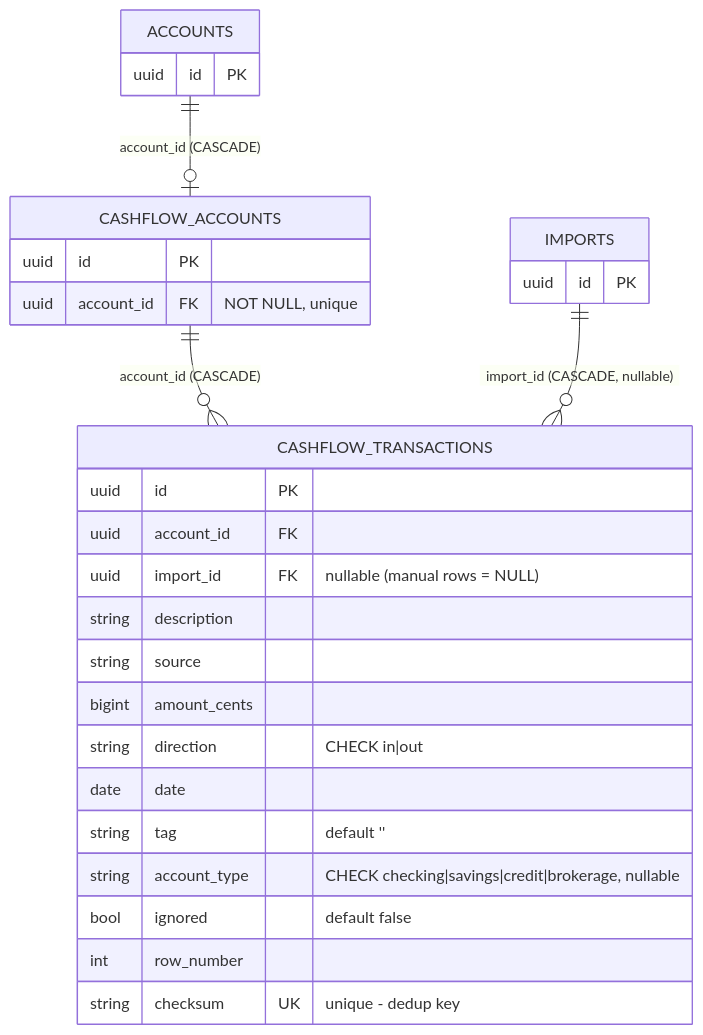
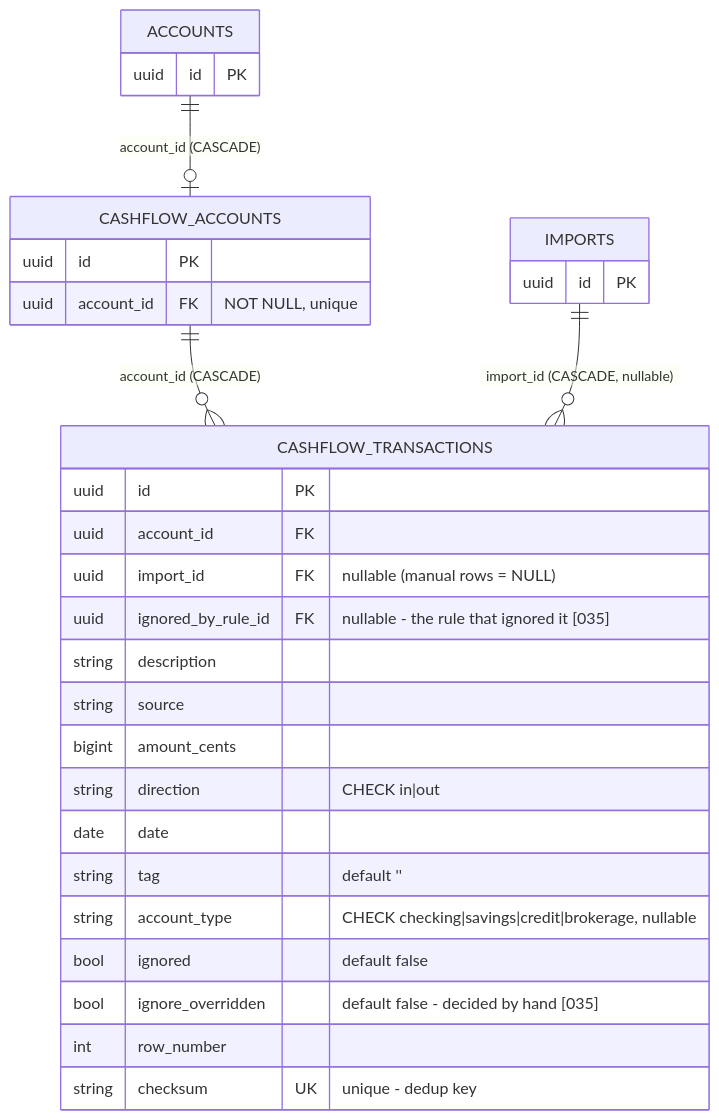
Before and after one commit to lennardclaproth/ta11y: the second of 4 diagrams in apps/api/docs/features/[009]_CASHFLOW.md, drawn with Mermaid. The commit also changed other lines of this file and 188 other files, not shown here.

````diff
--- a/apps/api/docs/features/[009]_CASHFLOW.md
+++ b/apps/api/docs/features/[009]_CASHFLOW.md
@@ -102,28 +104,30 @@
 ```mermaid
 erDiagram
     ACCOUNTS          ||--o| CASHFLOW_ACCOUNTS     : "account_id (CASCADE)"
     CASHFLOW_ACCOUNTS ||--o{ CASHFLOW_TRANSACTIONS : "account_id (CASCADE)"
     IMPORTS           ||--o{ CASHFLOW_TRANSACTIONS : "import_id (CASCADE, nullable)"
 
     CASHFLOW_TRANSACTIONS {
         uuid id PK
         uuid account_id FK
         uuid import_id FK "nullable (manual rows = NULL)"
+        uuid ignored_by_rule_id FK "nullable - the rule that ignored it [035]"
         string description
         string source
         bigint amount_cents
         string direction "CHECK in|out"
         date date
         string tag "default ''"
         string account_type "CHECK checking|savings|credit|brokerage, nullable"
         bool ignored "default false"
+        bool ignore_overridden "default false - decided by hand [035]"
         int row_number
         string checksum UK "unique - dedup key"
     }
     CASHFLOW_ACCOUNTS {
         uuid id PK
         uuid account_id FK "NOT NULL, unique"
     }
     ACCOUNTS { uuid id PK }
     IMPORTS  { uuid id PK }
 ```
````
